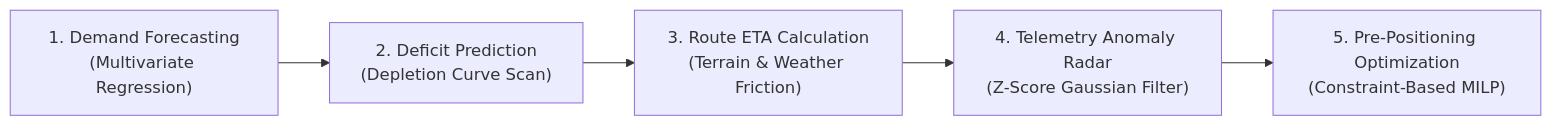
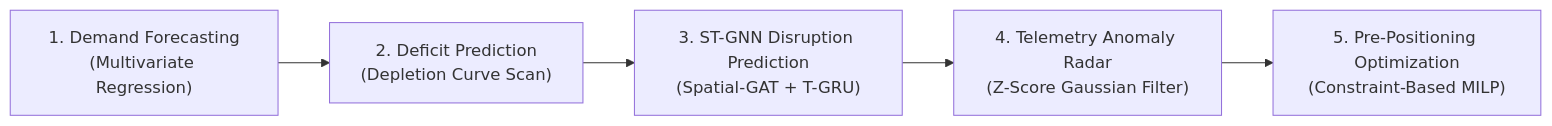
Before and after one commit to xylium117/logiscope.ai: diagram 14 of 15 in README.md, drawn with Mermaid. The commit also changed other lines of this file, not shown here.

Commit message:
Update README with Spatial-Temporal Graph Neural Network (ST-GNN) architecture, formulations, and benchmarks

````diff
--- a/README.md
+++ b/README.md
@@ -786,7 +792,7 @@
 ```mermaid
 flowchart LR
     A["1. Demand Forecasting<br/>(Multivariate Regression)"] --> B["2. Deficit Prediction<br/>(Depletion Curve Scan)"]
-    B --> C["3. Route ETA Calculation<br/>(Terrain & Weather Friction)"]
+    B --> C["3. ST-GNN Disruption Prediction<br/>(Spatial-GAT + T-GRU)"]
     C --> D["4. Telemetry Anomaly Radar<br/>(Z-Score Gaussian Filter)"]
     D --> E["5. Pre-Positioning Optimization<br/>(Constraint-Based MILP)"]
 ```
````
